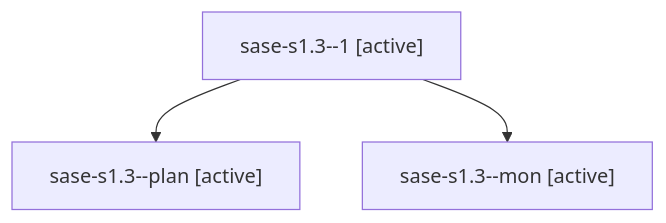
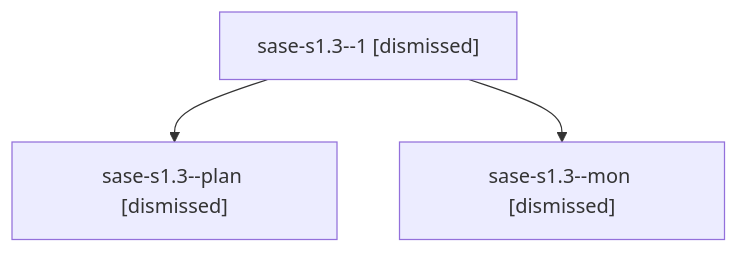
The diagram in sessions/bbugyi200.athena.sase-s1.3.md (sase-org/sase--agents), drawn with Mermaid before and after one commit. The commit also changed other lines of this file and 127 other files, not shown here.

````diff
--- a/sessions/bbugyi200.athena.sase-s1.3.md
+++ b/sessions/bbugyi200.athena.sase-s1.3.md
@@ -9,8 +9,8 @@
 ```mermaid
 flowchart TD
-  n0["sase-s1.3--1 [active]"]
-  n1["sase-s1.3--plan [active]"]
+  n0["sase-s1.3--1 [dismissed]"]
+  n1["sase-s1.3--plan [dismissed]"]
   n0 --> n1
-  n2["sase-s1.3--mon [active]"]
+  n2["sase-s1.3--mon [dismissed]"]
   n0 --> n2
 ```
````
